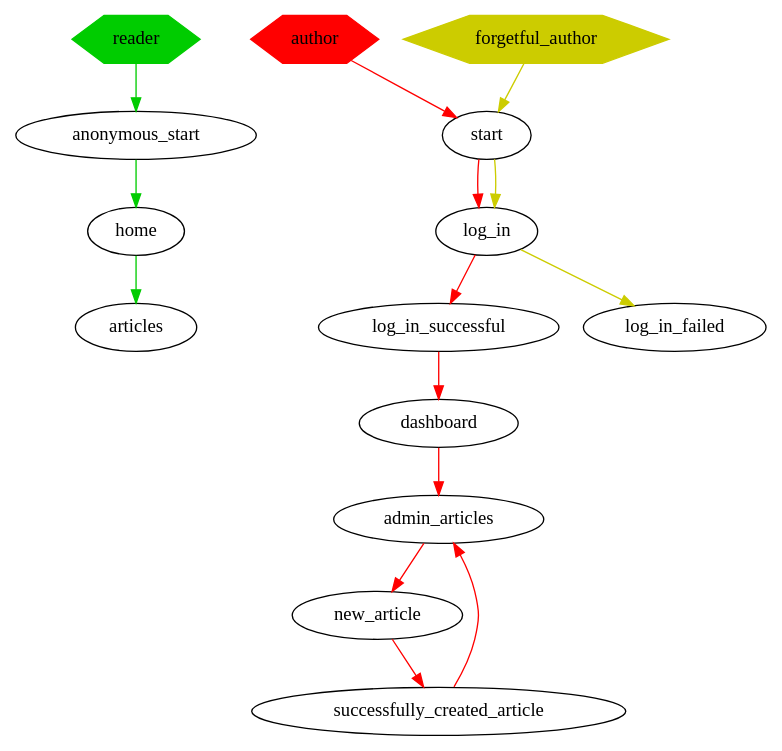
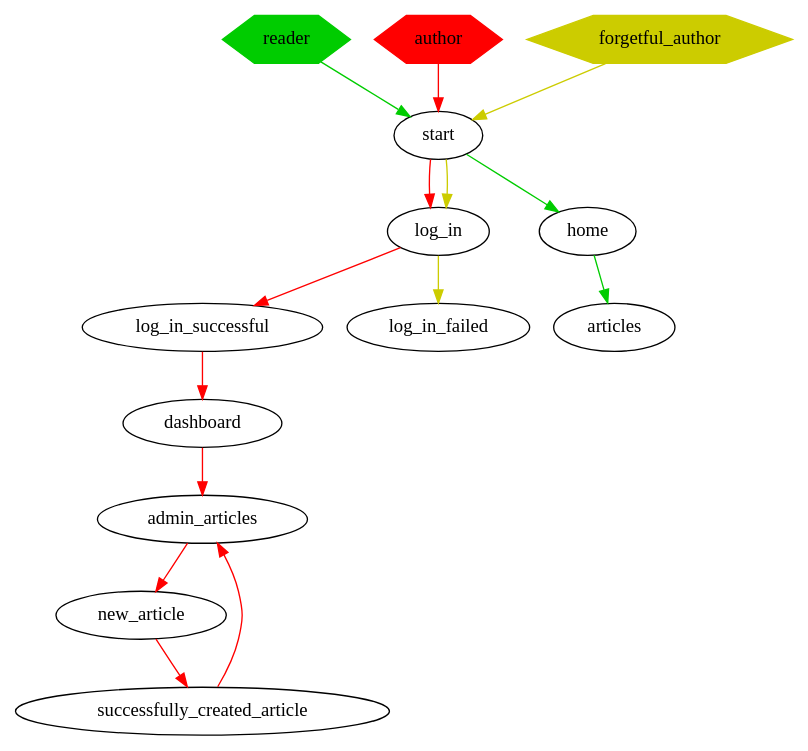
The diagram in reports/plans.gv (yeungda/tourist), drawn with Graphviz before and after one commit. The commit also changed 2 other files, not shown here.

Commit message:
merged anonymous_start with start

```diff
--- a/reports/plans.gv
+++ b/reports/plans.gv
@@ -1,21 +1,21 @@
 digraph G {
 	graph [center=true rankdir=TB]
 	{ node [shape=hexagon style=filled color="#00cc00"]
     reader
   }
 	{ node [shape=hexagon style=filled color="#ff0000"]
     author
   }
 	{ node [shape=hexagon style=filled color="#cccc00"]
     forgetful_author
   }
 { edge [color="#ff0000"]
 author -> start -> log_in -> log_in_successful -> dashboard -> admin_articles -> new_article -> successfully_created_article -> admin_articles
 }
 { edge [color="#00cc00"]
-reader -> anonymous_start -> home -> articles
+reader -> start -> home -> articles
 }
 { edge [color="#cccc00"]
 forgetful_author -> start -> log_in -> log_in_failed
 }
 }
```
